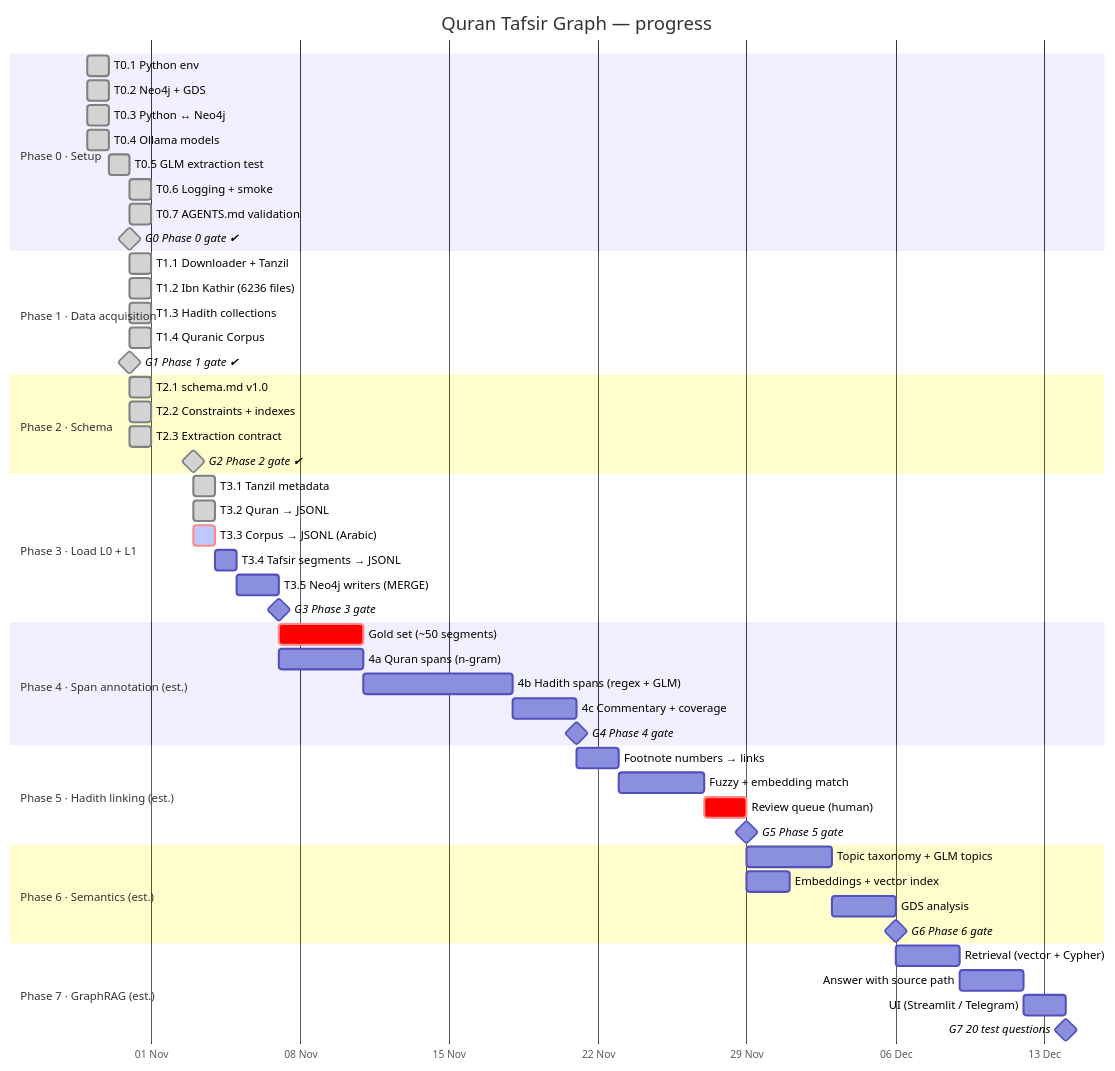
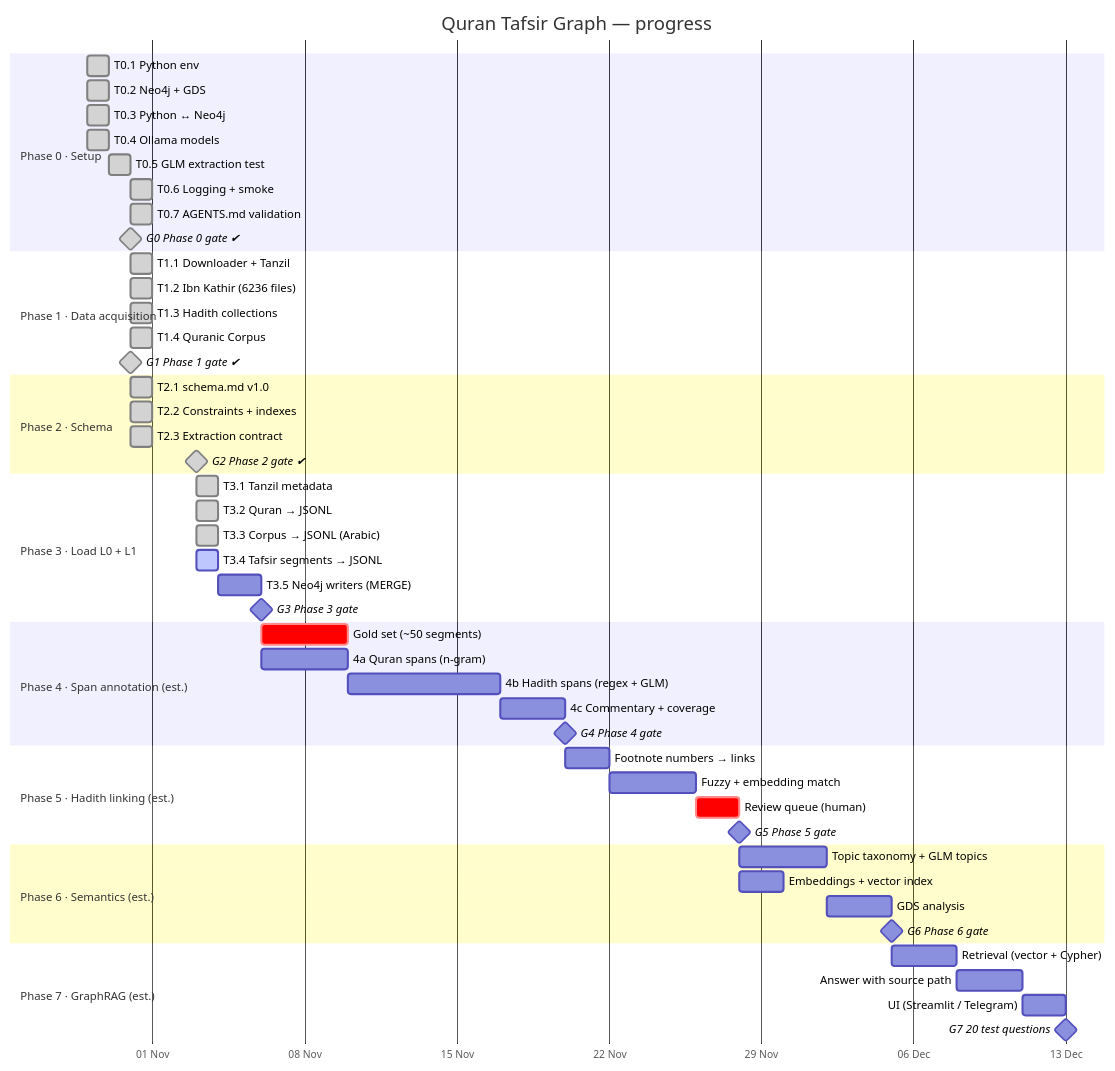
One commit to mohamed-soubhi/quran-graph changed the diagram in docs/GANTT.md. Above: the diagram before and after it, drawn with Mermaid. The commit also changed other lines of this file and 1 other file, not shown here.

Commit message:
T3.3 approved; T3.4 in progress
Claude-Session: https://claude.ai/code/session_01HtCFgjMNEDCf4YewDqZRyf

````diff
--- a/docs/GANTT.md
+++ b/docs/GANTT.md
@@ -9,63 +9,63 @@
 ```mermaid
 gantt
     title Quran Tafsir Graph — progress
     dateFormat YYYY-MM-DD
     axisFormat %d %b
     todayMarker stroke-width:3px,stroke:#d33
 
     section Phase 0 · Setup
     T0.1 Python env                 :done, t01, 2026-10-29, 1d
     T0.2 Neo4j + GDS                :done, t02, 2026-10-29, 1d
     T0.3 Python ↔ Neo4j             :done, t03, 2026-10-29, 1d
     T0.4 Ollama models              :done, t04, 2026-10-29, 1d
     T0.5 GLM extraction test        :done, t05, 2026-10-30, 1d
     T0.6 Logging + smoke            :done, t06, 2026-10-31, 1d
     T0.7 AGENTS.md validation       :done, t07, 2026-10-31, 1d
     G0 Phase 0 gate ✔               :milestone, done, g0, 2026-10-31, 0d
 
     section Phase 1 · Data acquisition
     T1.1 Downloader + Tanzil        :done, t11, 2026-10-31, 1d
     T1.2 Ibn Kathir (6236 files)    :done, t12, 2026-10-31, 1d
     T1.3 Hadith collections         :done, t13, 2026-10-31, 1d
     T1.4 Quranic Corpus            :done, t14, 2026-10-31, 1d
     G1 Phase 1 gate ✔               :milestone, done, g1, 2026-10-31, 0d
 
     section Phase 2 · Schema
     T2.1 schema.md v1.0            :done, t21, 2026-10-31, 1d
     T2.2 Constraints + indexes      :done, t22, 2026-10-31, 1d
     T2.3 Extraction contract        :done, t23, 2026-10-31, 1d
     G2 Phase 2 gate ✔               :milestone, done, g2, 2026-11-03, 0d
 
     section Phase 3 · Load L0 + L1
     T3.1 Tanzil metadata            :done, t31, 2026-11-03, 1d
     T3.2 Quran → JSONL              :done, t32, 2026-11-03, 1d
-    T3.3 Corpus → JSONL (Arabic)    :crit, active, t33, 2026-11-03, 1d
-    T3.4 Tafsir segments → JSONL    :t34, after t33, 1d
+    T3.3 Corpus → JSONL (Arabic)    :done, t33, 2026-11-03, 1d
+    T3.4 Tafsir segments → JSONL    :active, t34, 2026-11-03, 1d
     T3.5 Neo4j writers (MERGE)      :p3b, after t34, 2d
     G3 Phase 3 gate                 :milestone, g3, after p3b, 0d
 
     section Phase 4 · Span annotation (est.)
     Gold set (~50 segments)         :crit, p4g, after g3, 4d
     4a Quran spans (n-gram)         :p4a, after g3, 4d
     4b Hadith spans (regex + GLM)   :p4b, after p4a, 7d
     4c Commentary + coverage        :p4c, after p4b, 3d
     G4 Phase 4 gate                 :milestone, g4, after p4c, 0d
 
     section Phase 5 · Hadith linking (est.)
     Footnote numbers → links        :p5a, after g4, 2d
     Fuzzy + embedding match         :p5b, after p5a, 4d
     Review queue (human)            :crit, p5c, after p5b, 2d
     G5 Phase 5 gate                 :milestone, g5, after p5c, 0d
 
     section Phase 6 · Semantics (est.)
     Topic taxonomy + GLM topics     :p6a, after g5, 4d
     Embeddings + vector index       :p6b, after g5, 2d
     GDS analysis                    :p6c, after p6a, 3d
     G6 Phase 6 gate                 :milestone, g6, after p6c, 0d
 
     section Phase 7 · GraphRAG (est.)
     Retrieval (vector + Cypher)     :p7a, after g6, 3d
     Answer with source path         :p7b, after p7a, 3d
     UI (Streamlit / Telegram)       :p7c, after p7b, 2d
     G7 20 test questions            :milestone, g7, after p7c, 0d
 ```
````
